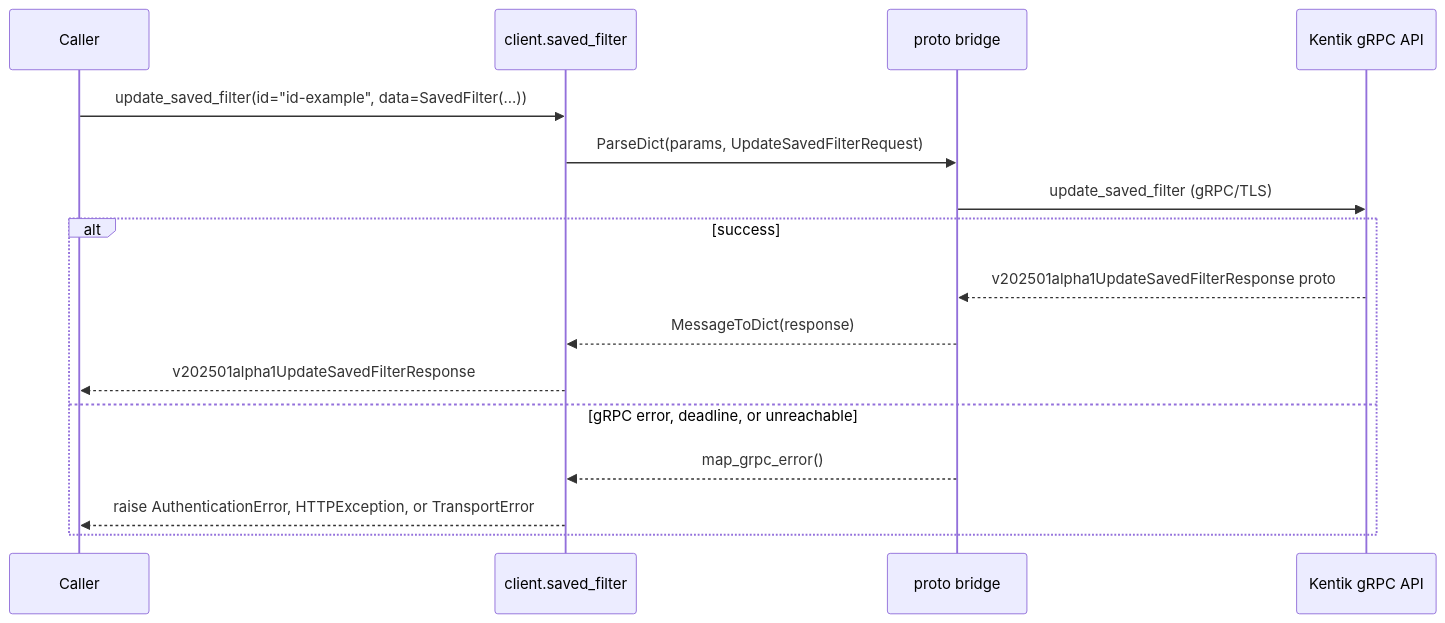
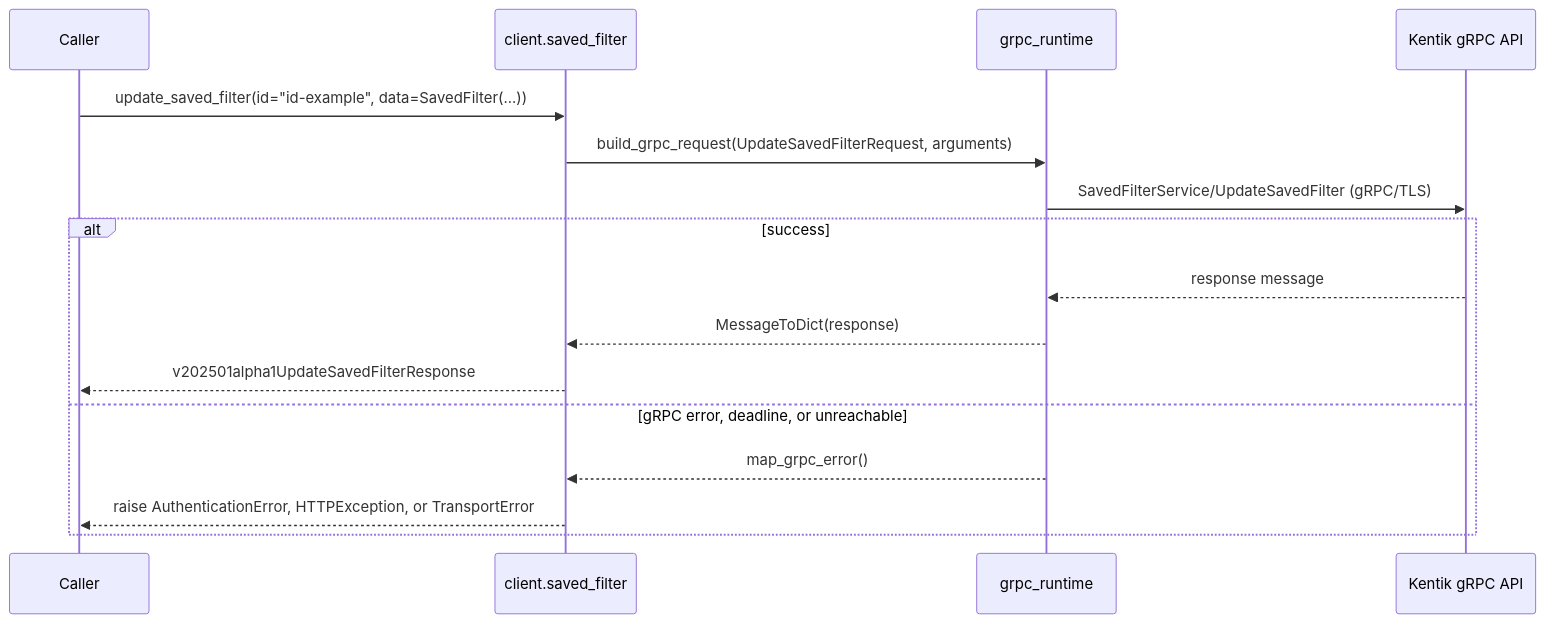
One commit to alexdearaujo/community_sdk_python changed the seventh of 14 diagrams in docs/sphinx/services/saved_filter.md. Above: the diagram before and after it, drawn with Mermaid. The commit also changed other lines of this file and 37 other files, not shown here.

First line of the commit message:
docs: show the real RPC in each service page's gRPC diagram

````diff
--- a/docs/sphinx/services/saved_filter.md
+++ b/docs/sphinx/services/saved_filter.md
@@ -211,19 +211,19 @@
 ```mermaid
 sequenceDiagram
     participant C as Caller
     participant W as client.saved_filter
-    participant B as proto bridge
+    participant R as grpc_runtime
     participant API as Kentik gRPC API
 
     C->>W: update_saved_filter(id="id-example", data=SavedFilter(...))
-    W->>B: ParseDict(params, UpdateSavedFilterRequest)
-    B->>API: update_saved_filter (gRPC/TLS)
+    W->>R: build_grpc_request(UpdateSavedFilterRequest, arguments)
+    R->>API: SavedFilterService/UpdateSavedFilter (gRPC/TLS)
     alt success
-        API-->>B: v202501alpha1UpdateSavedFilterResponse proto
-        B-->>W: MessageToDict(response)
+        API-->>R: response message
+        R-->>W: MessageToDict(response)
         W-->>C: v202501alpha1UpdateSavedFilterResponse
     else gRPC error, deadline, or unreachable
-        B-->>W: map_grpc_error()
+        R-->>W: map_grpc_error()
         W-->>C: raise AuthenticationError, HTTPException, or TransportError
     end
 ```
````
